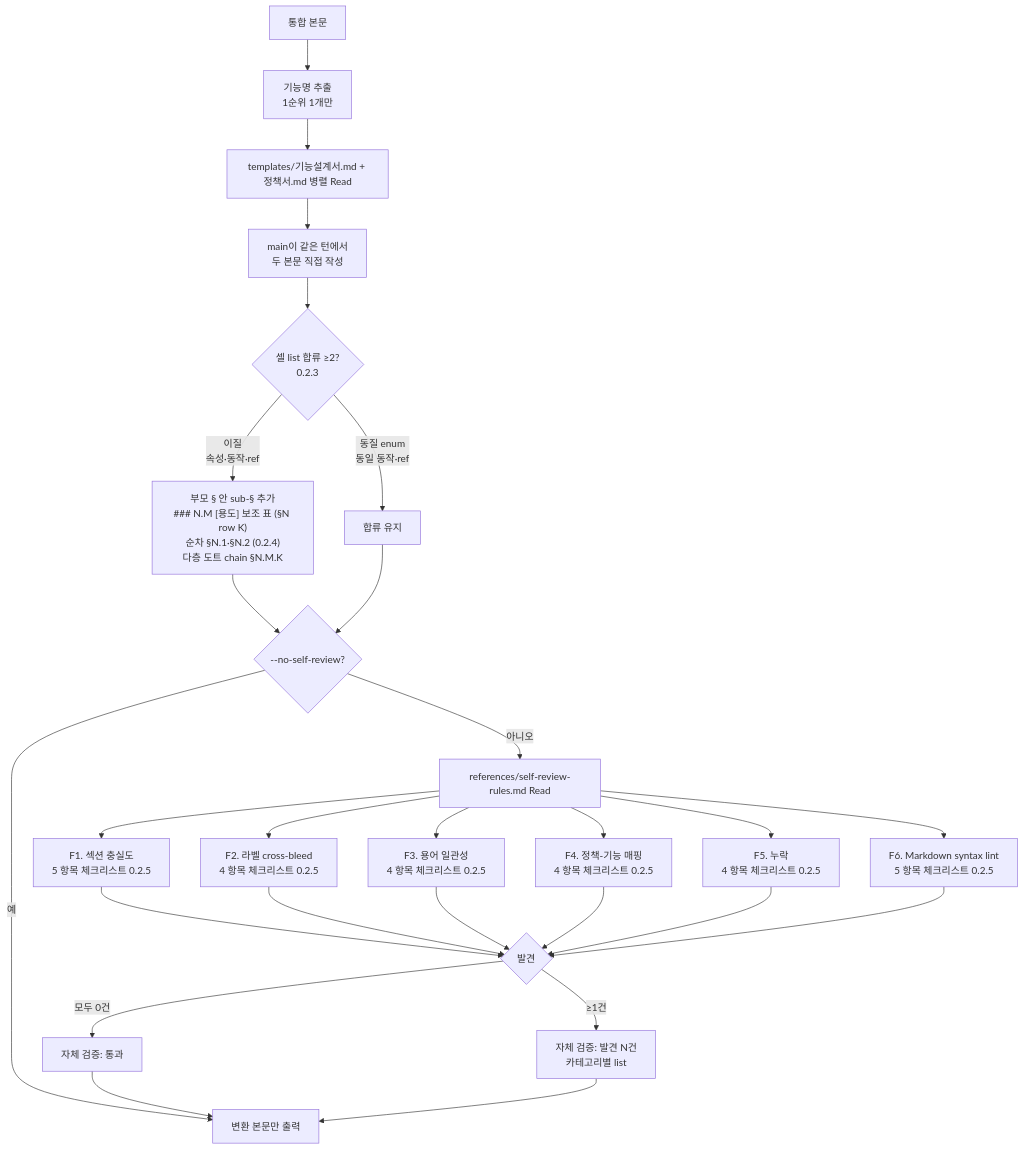
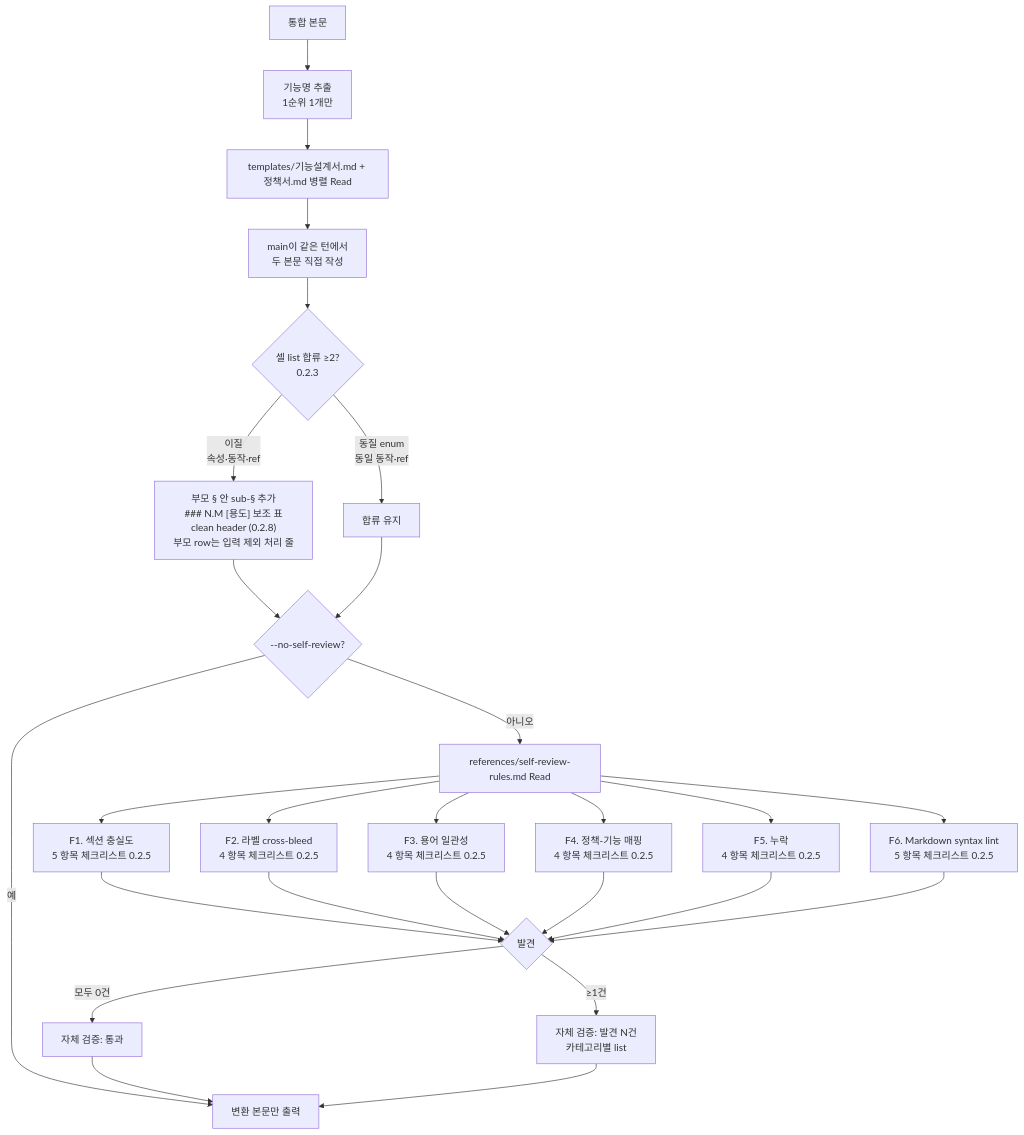
One commit to inkwonjung-colosseum/plugins changed the seventh of 11 diagrams in planning-kit/docs/planning-format-workflow.md. Above: the diagram before and after it, drawn with Mermaid. The commit also changed other lines of this file and 30 other files, not shown here.

````diff
--- a/planning-kit/docs/planning-format-workflow.md
+++ b/planning-kit/docs/planning-format-workflow.md
@@ -165,32 +165,32 @@
 ```mermaid
 flowchart TD
   CB[통합 본문] --> NA[기능명 추출<br/>1순위 1개만]
   NA --> RD[templates/기능설계서.md + 정책서.md 병렬 Read]
   RD --> WR[main이 같은 턴에서<br/>두 본문 직접 작성]
   WR --> LD{셀 list 합류 ≥2?<br/>0.2.3}
-  LD -->|이질<br/>속성·동작·ref| AUX["부모 § 안 sub-§ 추가<br/>### N.M [용도] 보조 표 (§N row K)<br/>순차 §N.1·§N.2 (0.2.4)<br/>다층 도트 chain §N.M.K"]
+  LD -->|이질<br/>속성·동작·ref| AUX["부모 § 안 sub-§ 추가<br/>### N.M [용도] 보조 표<br/>clean header (0.2.8)<br/>부모 row는 입력 제외 처리 줄"]
   LD -->|동질 enum<br/>동일 동작·ref| KEEP[합류 유지]
   AUX --> NSR{--no-self-review?}
   KEEP --> NSR
   NSR -->|예| OUT[변환 본문만 출력]
   NSR -->|아니오| SR[references/self-review-rules.md Read]
 
   SR --> F1[F1. 섹션 충실도<br/>5 항목 체크리스트 0.2.5]
   SR --> F2[F2. 라벨 cross-bleed<br/>4 항목 체크리스트 0.2.5]
   SR --> F3[F3. 용어 일관성<br/>4 항목 체크리스트 0.2.5]
   SR --> F4[F4. 정책-기능 매핑<br/>4 항목 체크리스트 0.2.5]
   SR --> F5[F5. 누락<br/>4 항목 체크리스트 0.2.5]
   SR --> F6[F6. Markdown syntax lint<br/>5 항목 체크리스트 0.2.5]
 
   F1 --> RES{발견}
   F2 --> RES
   F3 --> RES
   F4 --> RES
   F5 --> RES
   F6 --> RES
   RES -->|모두 0건| PASS[자체 검증: 통과]
   RES -->|≥1건| FOUND[자체 검증: 발견 N건<br/>카테고리별 list]
 
   PASS --> OUT
   FOUND --> OUT
 ```
````
